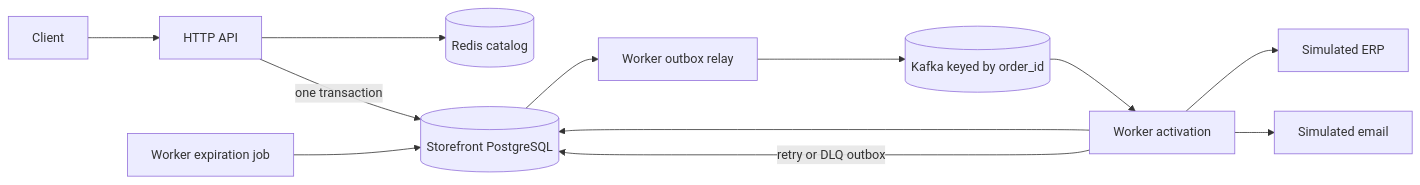
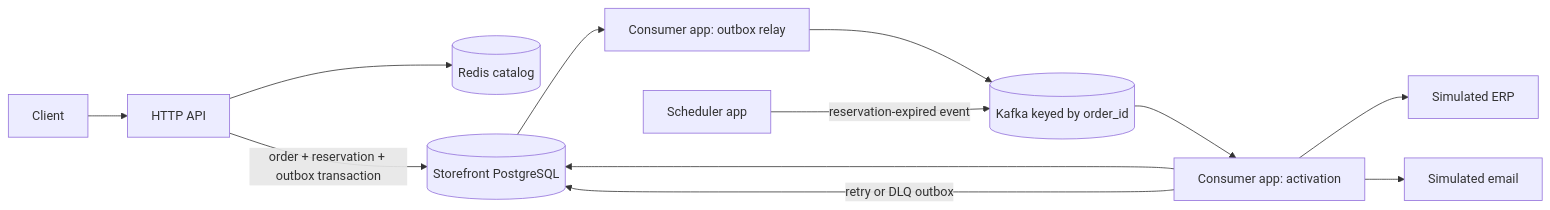
Before and after one commit to vitor-n-gomes/totvs-case-cell-shop: the diagram in README.md, drawn with Mermaid. The commit also changed other lines of this file, not shown here.

````diff
--- a/README.md
+++ b/README.md
@@ -144,14 +154,14 @@
 ```mermaid
 flowchart LR
     Client --> API[HTTP API]
     API --> Redis[(Redis catalog)]
-    API -->|one transaction| DB[(Storefront PostgreSQL)]
-    DB --> Relay[Worker outbox relay]
+    API -->|order + reservation + outbox transaction| DB[(Storefront PostgreSQL)]
+    DB --> Relay[Consumer app: outbox relay]
     Relay --> Kafka[(Kafka keyed by order_id)]
-    Kafka --> Activation[Worker activation]
+    Kafka --> Activation[Consumer app: activation]
     Activation --> DB
     Activation --> ERP[Simulated ERP]
     Activation --> Email[Simulated email]
     Activation -->|retry or DLQ outbox| DB
-    Cleanup[Worker expiration job] --> DB
+    Scheduler[Scheduler app] -->|reservation-expired event| Kafka
 ```
````
